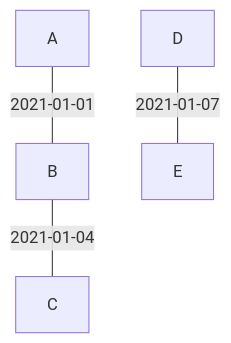
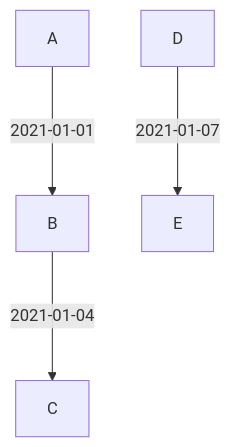
Diagram 11 of 13 in README.md (jpmmcneill/dbt-graph-theory), drawn with Mermaid before and after one commit. The commit also changed other lines of this file, not shown here.

Commit message:
make ordered graphs obviously ordered

````diff
--- a/README.md
+++ b/README.md
@@ -376,6 +376,6 @@
 ```mermaid
 flowchart
-  A---|2021-01-01|B
-  B---|2021-01-04|C
-  D---|2021-01-07|E
+  A--->|2021-01-01|B
+  B--->|2021-01-04|C
+  D--->|2021-01-07|E
 ```
````
